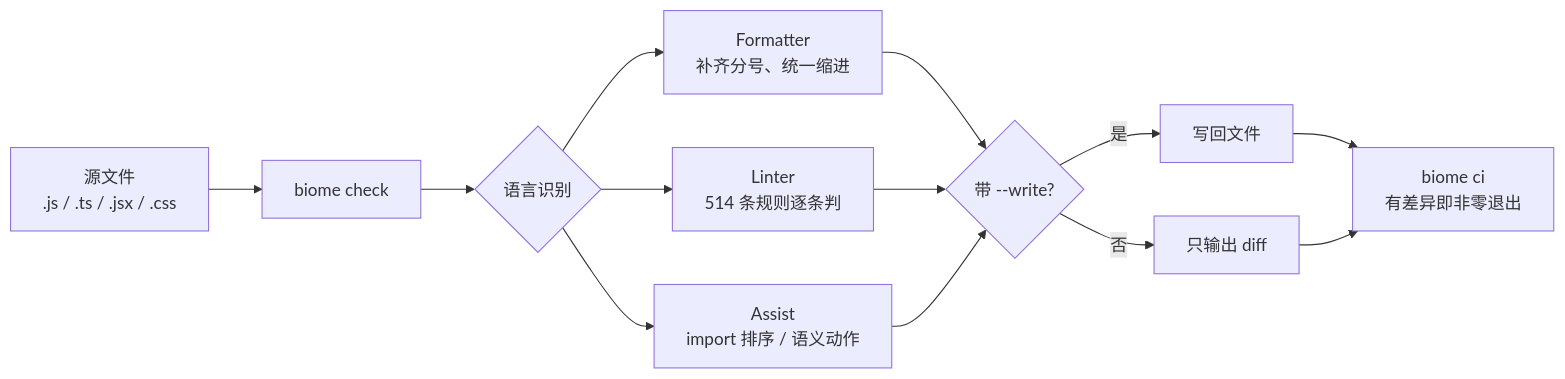
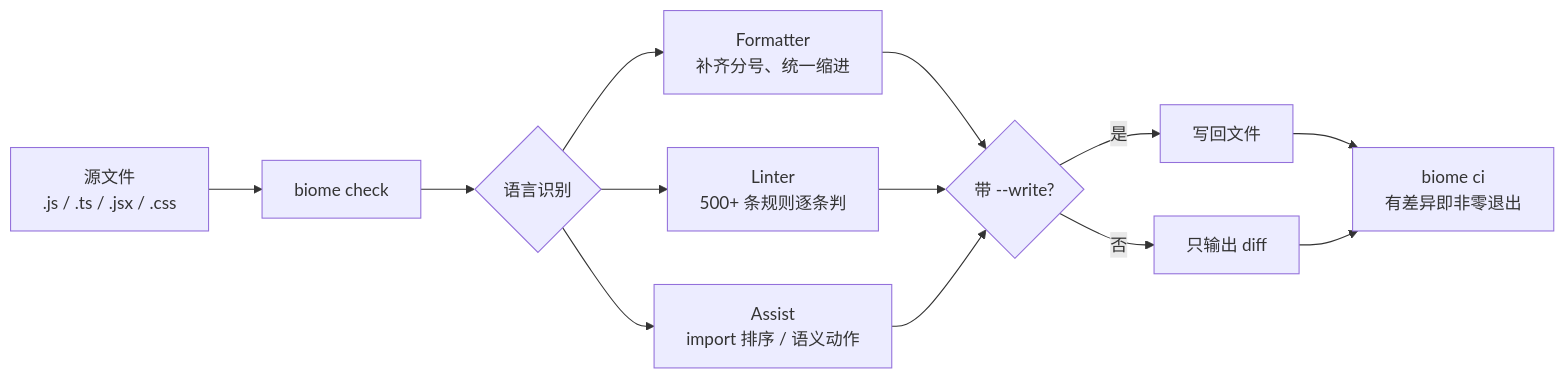
Before and after one commit to A1pha3/text-matrix: the diagram in content/posts/tech/biomejs-biome-2-rust-web-toolchain-guide.md, drawn with Mermaid. The commit also changed other lines of this file and 56 other files, not shown here.

````diff
--- a/content/posts/tech/biomejs-biome-2-rust-web-toolchain-guide.md
+++ b/content/posts/tech/biomejs-biome-2-rust-web-toolchain-guide.md
@@ -146,15 +146,15 @@
 ```mermaid
 flowchart LR
     A[源文件<br/>.js / .ts / .jsx / .css] --> B[biome check]
     B --> C{语言识别}
     C --> D[Formatter<br/>补齐分号、统一缩进]
-    C --> E[Linter<br/>514 条规则逐条判]
+    C --> E[Linter<br/>500+ 条规则逐条判]
     C --> F[Assist<br/>import 排序 / 语义动作]
     D --> G{带 --write?}
     E --> G
     F --> G
     G -- 是 --> H[写回文件]
     G -- 否 --> I[只输出 diff]
     H --> J[biome ci<br/>有差异即非零退出]
     I --> J
 ```
````
